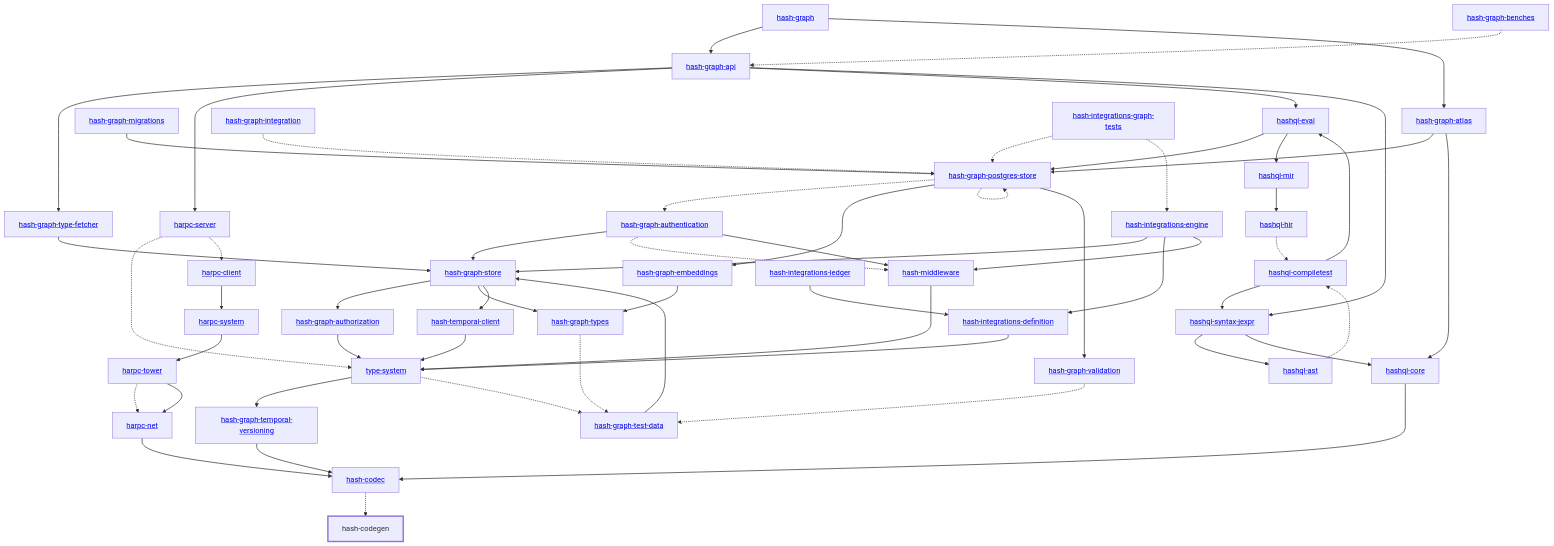
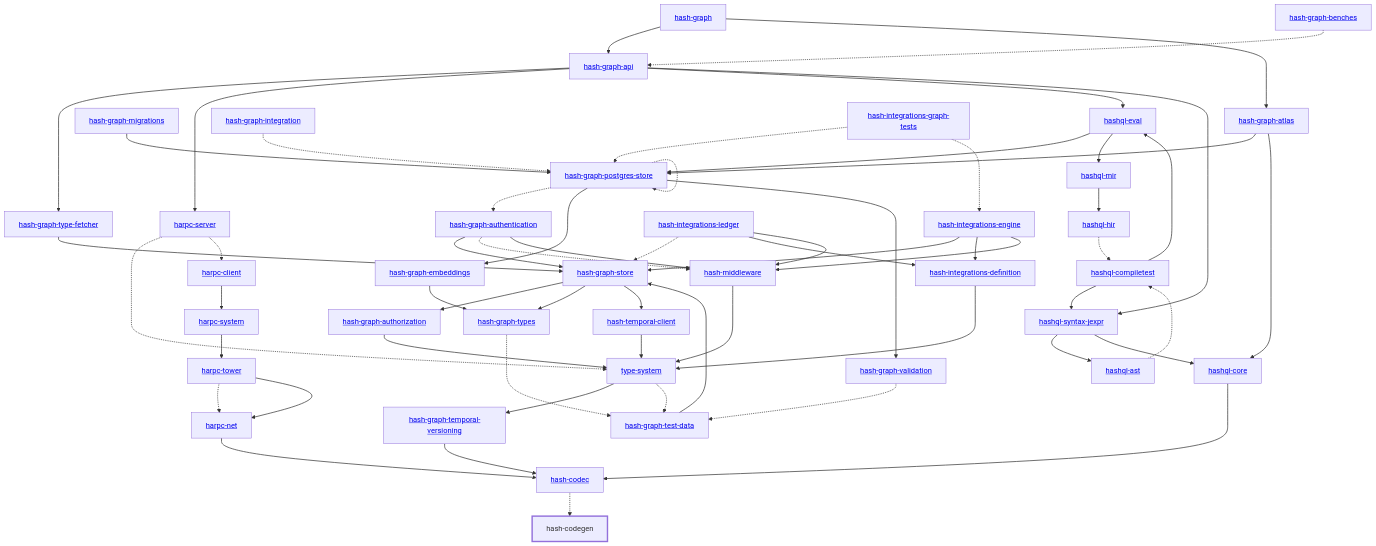
The diagram in libs/@local/codegen/docs/dependency-diagram.mmd (hashintel/hash), drawn with Mermaid before and after one commit. The commit also changed 13 other files, not shown here.

Commit message:
Regenerate the dependency diagrams that include the ledger crate

```diff
--- a/libs/@local/codegen/docs/dependency-diagram.mmd
+++ b/libs/@local/codegen/docs/dependency-diagram.mmd
@@ -1,105 +1,107 @@
 graph TD
     linkStyle default stroke-width:1.5px
     classDef default stroke-width:1px
     classDef root stroke-width:3px
     classDef dev stroke-width:1px
     classDef build stroke-width:1px
     %% Legend
     %% --> : Normal dependency
     %% -.-> : Dev dependency
     %% ---> : Build dependency
     0[<a href="../hash_graph/index.html">hash-graph</a>]
     1[<a href="../type_system/index.html">type-system</a>]
     2[<a href="../hash_codec/index.html">hash-codec</a>]
     3[hash-codegen]
     class 3 root
     4[<a href="../hash_graph_api/index.html">hash-graph-api</a>]
     5[<a href="../hash_graph_atlas/index.html">hash-graph-atlas</a>]
     6[<a href="../hash_graph_authentication/index.html">hash-graph-authentication</a>]
     7[<a href="../hash_graph_authorization/index.html">hash-graph-authorization</a>]
     8[<a href="../hash_graph_embeddings/index.html">hash-graph-embeddings</a>]
     9[<a href="../hash_graph_migrations/index.html">hash-graph-migrations</a>]
     10[<a href="../hash_graph_postgres_store/index.html">hash-graph-postgres-store</a>]
     11[<a href="../hash_graph_store/index.html">hash-graph-store</a>]
     12[<a href="../hash_graph_temporal_versioning/index.html">hash-graph-temporal-versioning</a>]
     13[<a href="../hash_graph_type_fetcher/index.html">hash-graph-type-fetcher</a>]
     14[<a href="../hash_graph_types/index.html">hash-graph-types</a>]
     15[<a href="../hash_graph_validation/index.html">hash-graph-validation</a>]
     16[<a href="../harpc_client/index.html">harpc-client</a>]
     17[<a href="../harpc_net/index.html">harpc-net</a>]
     18[<a href="../harpc_server/index.html">harpc-server</a>]
     19[<a href="../harpc_system/index.html">harpc-system</a>]
     20[<a href="../harpc_tower/index.html">harpc-tower</a>]
     21[<a href="../hashql_ast/index.html">hashql-ast</a>]
     22[<a href="../hashql_compiletest/index.html">hashql-compiletest</a>]
     23[<a href="../hashql_core/index.html">hashql-core</a>]
     24[<a href="../hashql_eval/index.html">hashql-eval</a>]
     25[<a href="../hashql_hir/index.html">hashql-hir</a>]
     26[<a href="../hashql_mir/index.html">hashql-mir</a>]
     27[<a href="../hashql_syntax_jexpr/index.html">hashql-syntax-jexpr</a>]
     28[<a href="../hash_integrations_definition/index.html">hash-integrations-definition</a>]
     29[<a href="../hash_integrations_engine/index.html">hash-integrations-engine</a>]
     30[<a href="../hash_integrations_ledger/index.html">hash-integrations-ledger</a>]
     31[<a href="../hash_middleware/index.html">hash-middleware</a>]
     32[<a href="../hash_temporal_client/index.html">hash-temporal-client</a>]
     33[<a href="../hash_graph_benches/index.html">hash-graph-benches</a>]
     34[<a href="../hash_graph_integration/index.html">hash-graph-integration</a>]
     35[<a href="../hash_graph_test_data/index.html">hash-graph-test-data</a>]
     36[<a href="../hash_integrations_graph_tests/index.html">hash-integrations-graph-tests</a>]
     0 --> 4
     0 --> 5
     1 --> 12
     1 -.-> 35
     2 -.-> 3
     4 --> 13
     4 --> 18
     4 --> 24
     4 --> 27
     5 --> 10
     5 --> 23
     6 --> 11
     6 -.-> 31
     6 --> 31
     7 --> 1
     8 --> 14
     9 --> 10
     10 -.-> 6
     10 --> 8
     10 -.-> 10
     10 --> 15
     11 --> 7
     11 --> 14
     11 --> 32
     12 --> 2
     13 --> 11
     14 -.-> 35
     15 -.-> 35
     16 --> 19
     17 --> 2
     18 -.-> 1
     18 -.-> 16
     19 --> 20
     20 -.-> 17
     20 --> 17
     21 -.-> 22
     22 --> 24
     22 --> 27
     23 --> 2
     24 --> 10
     24 --> 26
     25 -.-> 22
     26 --> 25
     27 --> 21
     27 --> 23
     28 --> 1
     29 --> 11
     29 --> 28
     29 --> 31
+    30 -.-> 11
     30 --> 28
+    30 --> 31
     31 --> 1
     32 --> 1
     33 -.-> 4
     34 -.-> 10
     35 --> 11
     36 -.-> 10
     36 -.-> 29
```
